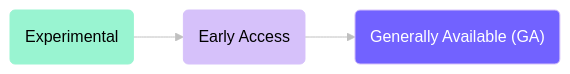
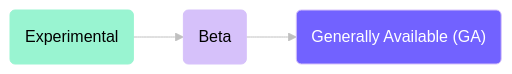
Before and after one commit to lightdash/mintlify-docs: the diagram in references/workspace/feature-maturity-levels.mdx, drawn with Mermaid. The commit also changed other lines of this file and 7 other files, not shown here.

Commit message:
Update feature maturity levels to Experimental, Beta, GA (#575)

````diff
--- a/references/workspace/feature-maturity-levels.mdx
+++ b/references/workspace/feature-maturity-levels.mdx
@@ -9,11 +9,11 @@
 ```mermaid
 flowchart LR
-    A(Experimental) --> B("Early Access")
+    A(Experimental) --> B("Beta")
     B --> C("Generally Available (GA)")
     
     style A fill:#99F4D1,stroke:#99F4D1,color:#000
     style B fill:#D6C1FA,stroke:#D6C1FA,color:#000
     style C fill:#7262FF,stroke:#D6C1FA,color:#fff
 
     linkStyle 0,1 stroke:#c0c0c0,stroke-with:1px
 ```
````
